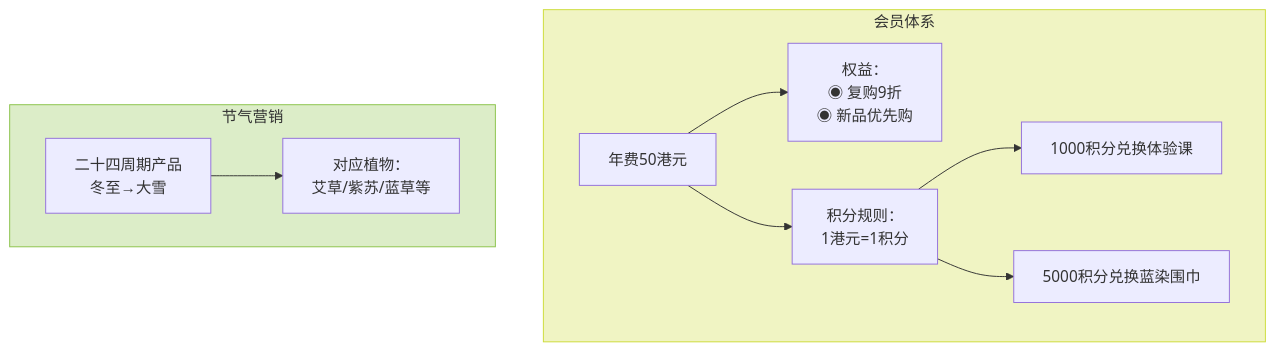
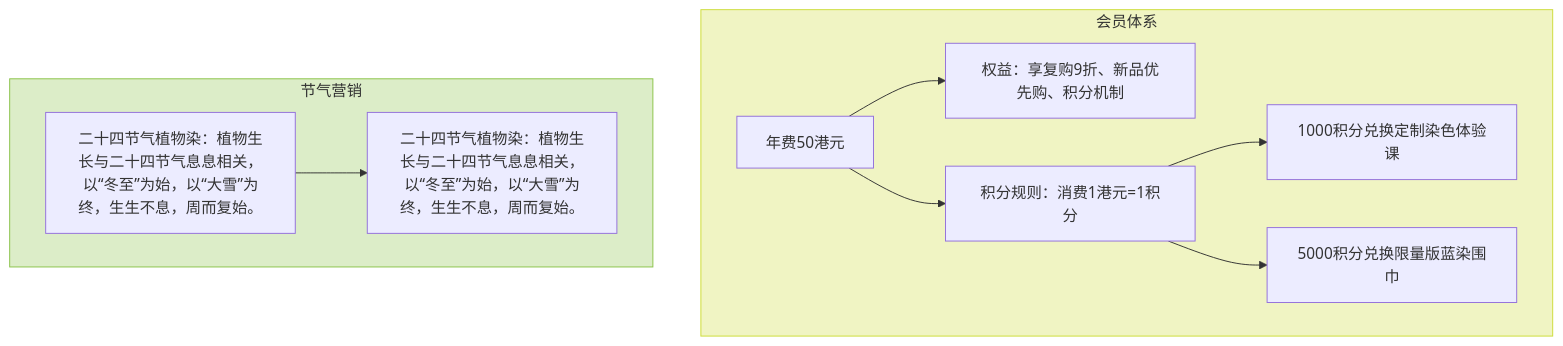
Before and after one commit to NaturalRice/git-demo: the fourth of 4 diagrams in README.md, drawn with Mermaid.

````diff
--- a/README.md
+++ b/README.md
@@ -42,14 +42,14 @@
 ```mermaid
 flowchart TB
     subgraph 会员体系
-        A[年费50港元] --> B["权益：\n◉ 复购9折\n◉ 新品优先购"]
-        A --> C["积分规则：\n1港元=1积分"]
-        C --> D["1000积分兑换体验课"]
-        C --> E["5000积分兑换蓝染围巾"]
+        A[年费50港元] --> B["权益：享复购9折、新品优先购、积分机制"]
+        A --> C["积分规则：消费1港元=1积分"]
+        C --> D["1000积分兑换定制染色体验课"]
+        C --> E["5000积分兑换限量版蓝染围巾"]
     end
     subgraph 节气营销
-        F["二十四周期产品\n冬至→大雪"] --> G["对应植物：\n艾草/紫苏/蓝草等"]
+        F["二十四节气植物染：植物生长与二十四节气息息相关，以“冬至”为始，以“大雪”为终，生生不息，周而复始。"] --> G["二十四节气植物染：植物生长与二十四节气息息相关，以“冬至”为始，以“大雪”为终，生生不息，周而复始。"]
     end
     style 会员体系 fill:#f0f4c3,stroke:#cddc39
     style 节气营销 fill:#dcedc8,stroke:#8bc34a
 ```
````
